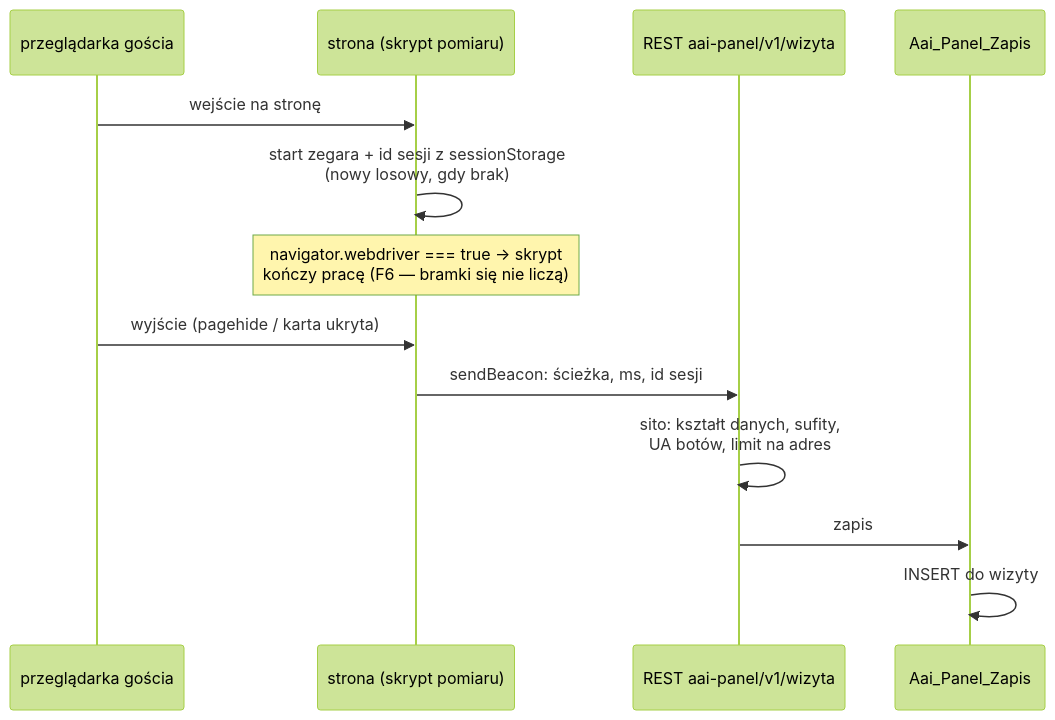
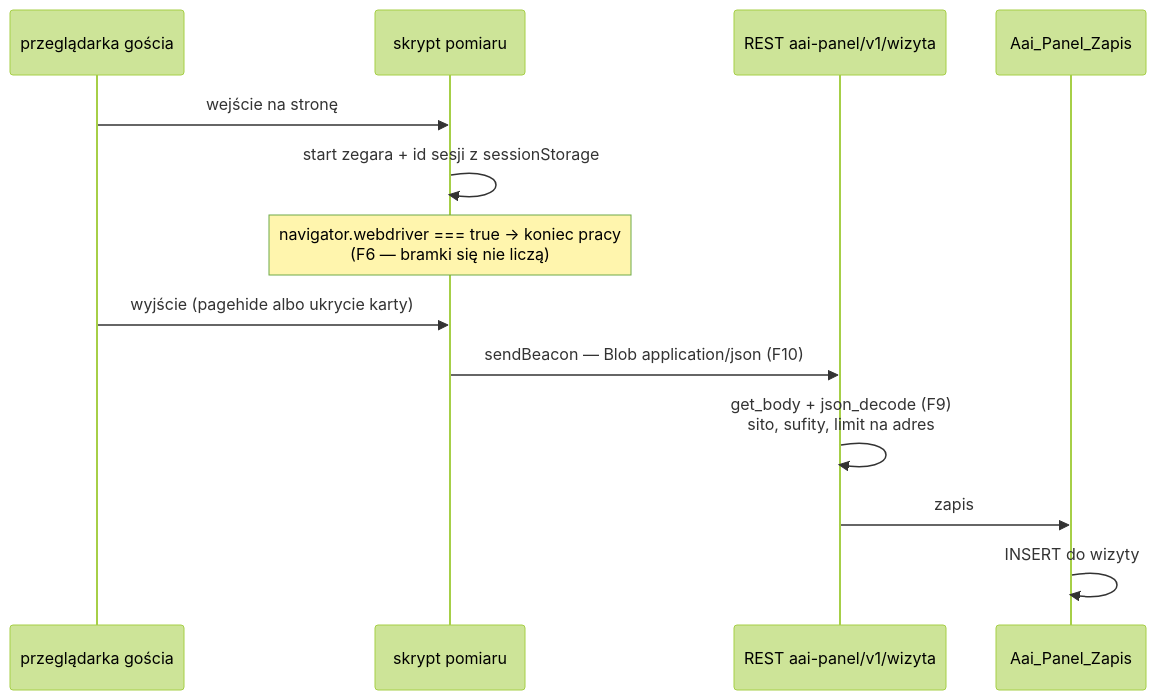
One commit to krzysiek2115op/aai-platforma-szkolen changed the third of 3 diagrams in docs/plugin-3/DIAGRAM.md. Above: the diagram before and after it, drawn with Mermaid (forest theme). The commit also changed other lines of this file and 1 other file, not shown here.

First line of the commit message:
Schemat Pluginu 3 przechodzi krytykę: timer wizyt był nie do udowodnienia

````diff
--- a/docs/plugin-3/DIAGRAM.md
+++ b/docs/plugin-3/DIAGRAM.md
@@ -180,16 +235,16 @@
 ```mermaid
 sequenceDiagram
     participant P as przeglądarka gościa
-    participant S as strona (skrypt pomiaru)
+    participant S as skrypt pomiaru
     participant R as REST aai-panel/v1/wizyta
     participant Z as Aai_Panel_Zapis
 
     P->>S: wejście na stronę
-    S->>S: start zegara + id sesji z sessionStorage<br/>(nowy losowy, gdy brak)
-    Note over S: navigator.webdriver === true → skrypt<br/>kończy pracę (F6 — bramki się nie liczą)
-    P->>S: wyjście (pagehide / karta ukryta)
-    S->>R: sendBeacon: ścieżka, ms, id sesji
-    R->>R: sito: kształt danych, sufity,<br/>UA botów, limit na adres
+    S->>S: start zegara + id sesji z sessionStorage
+    Note over S: navigator.webdriver === true → koniec pracy<br/>(F6 — bramki się nie liczą)
+    P->>S: wyjście (pagehide albo ukrycie karty)
+    S->>R: sendBeacon — Blob application/json (F10)
+    R->>R: get_body + json_decode (F9)<br/>sito, sufity, limit na adres
     R->>Z: zapis
     Z->>Z: INSERT do wizyty
 ```
````
